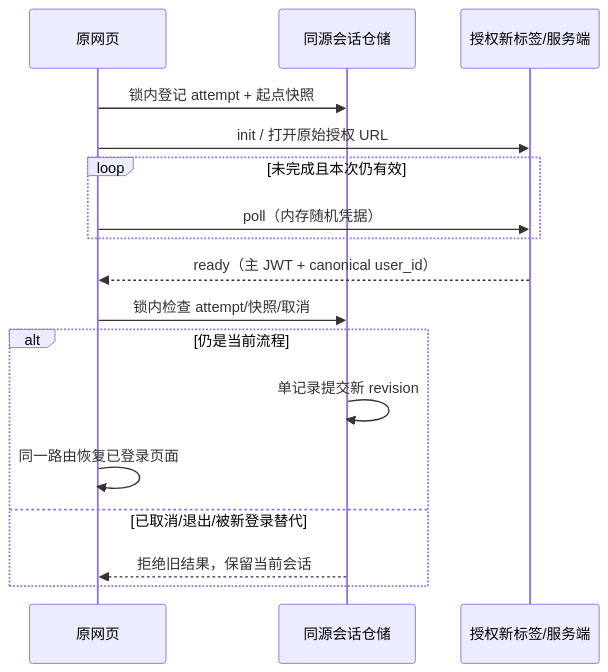
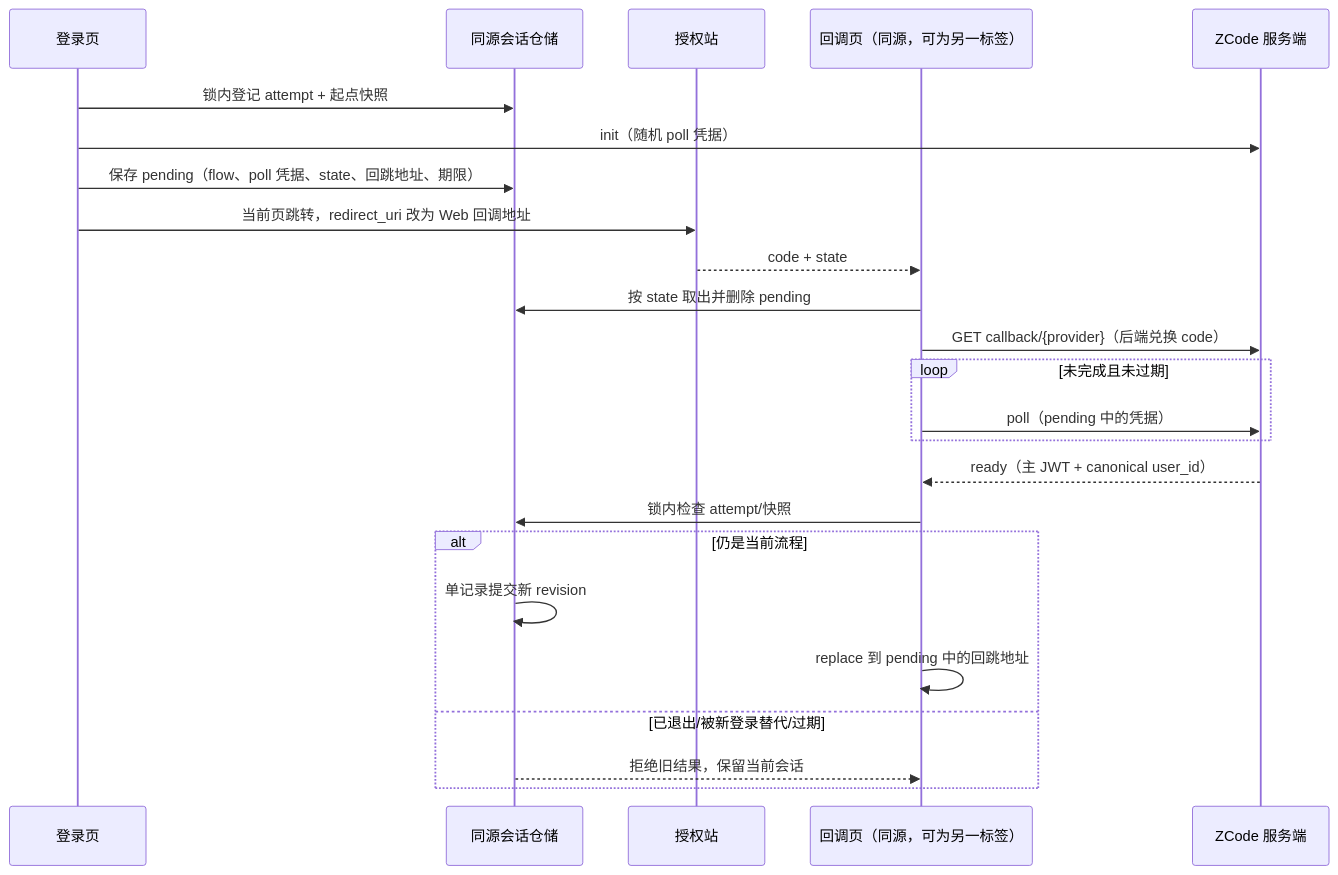
The eighth of 8 diagrams in docs/zcode-login-rework.md (zai-org/ZCode), drawn with Mermaid before and after one commit. The commit also changed other lines of this file and 2224 other files, not shown here.

````diff
--- a/docs/zcode-login-rework.md
+++ b/docs/zcode-login-rework.md
@@ -617,19 +648,26 @@
 ```mermaid
 sequenceDiagram
-  participant Page as 原网页
+  participant Page as 登录页
   participant Store as 同源会话仓储
-  participant Auth as 授权新标签/服务端
+  participant Auth as 授权站
+  participant CB as 回调页（同源，可为另一标签）
+  participant API as ZCode 服务端
   Page->>Store: 锁内登记 attempt + 起点快照
-  Page->>Auth: init / 打开原始授权 URL
-  loop 未完成且本次仍有效
-    Page->>Auth: poll（内存随机凭据）
+  Page->>API: init（随机 poll 凭据）
+  Page->>Store: 保存 pending（flow、poll 凭据、state、回跳地址、期限）
+  Page->>Auth: 当前页跳转，redirect_uri 改为 Web 回调地址
+  Auth-->>CB: code + state
+  CB->>Store: 按 state 取出并删除 pending
+  CB->>API: GET callback/{provider}（后端兑换 code）
+  loop 未完成且未过期
+    CB->>API: poll（pending 中的凭据）
   end
-  Auth-->>Page: ready（主 JWT + canonical user_id）
-  Page->>Store: 锁内检查 attempt/快照/取消
+  API-->>CB: ready（主 JWT + canonical user_id）
+  CB->>Store: 锁内检查 attempt/快照
   alt 仍是当前流程
     Store->>Store: 单记录提交新 revision
-    Page->>Page: 同一路由恢复已登录页面
-  else 已取消/退出/被新登录替代
-    Store-->>Page: 拒绝旧结果，保留当前会话
+    CB->>CB: replace 到 pending 中的回跳地址
+  else 已退出/被新登录替代/过期
+    Store-->>CB: 拒绝旧结果，保留当前会话
   end
 ```
````
